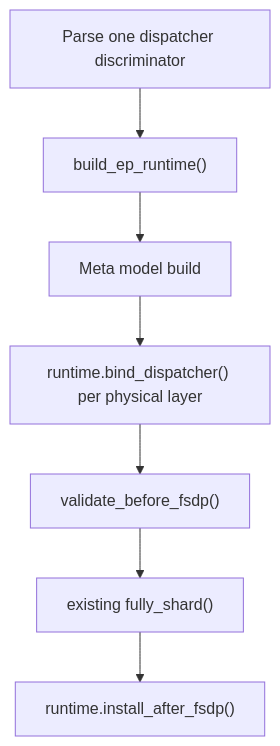
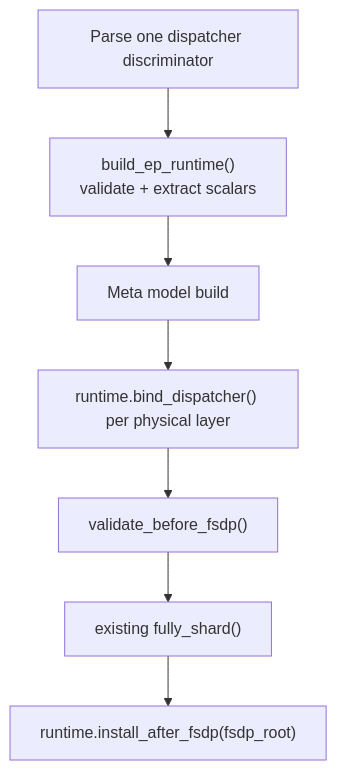
Before and after one commit to jayhenry/xtuner: the seventh of 9 diagrams in xtuner_ep_extend.md, drawn with Mermaid. The commit also changed other lines of this file and 1 other file, not shown here.

````diff
--- a/xtuner_ep_extend.md
+++ b/xtuner_ep_extend.md
@@ -503,9 +568,9 @@
 ```mermaid
 flowchart TD
-    A["Parse one dispatcher discriminator"] --> B["build_ep_runtime()"]
+    A["Parse one dispatcher discriminator"] --> B["build_ep_runtime()<br/>validate + extract scalars"]
     B --> C["Meta model build"]
     C --> D["runtime.bind_dispatcher() per physical layer"]
     D --> E["validate_before_fsdp()"]
     E --> F["existing fully_shard()"]
-    F --> G["runtime.install_after_fsdp()"]
+    F --> G["runtime.install_after_fsdp(fsdp_root)"]
 ```
````
